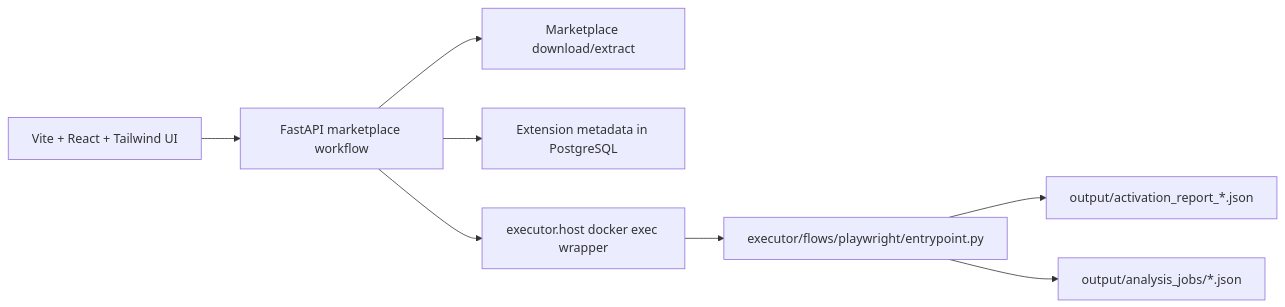
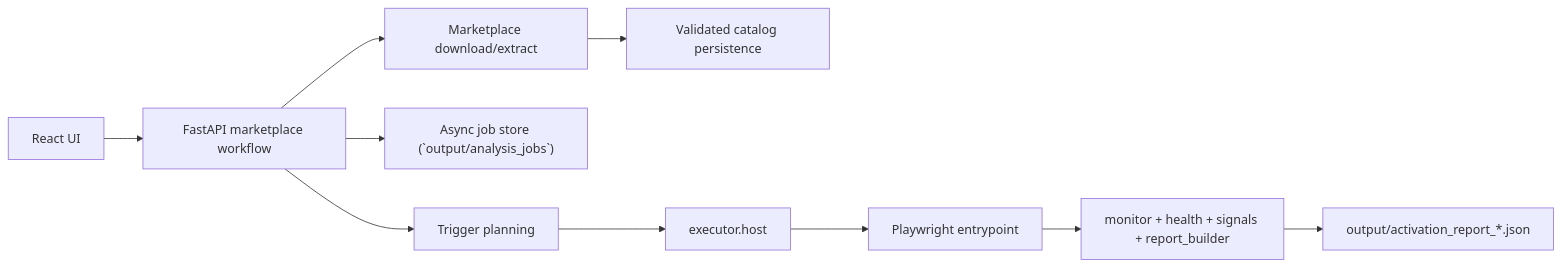
The diagram in documents/PIPELINE_ROADMAP.md (Ekremunalytu/automation_enviroment), drawn with Mermaid before and after one commit. The commit also changed other lines of this file and 30 other files, not shown here.

````diff
--- a/documents/PIPELINE_ROADMAP.md
+++ b/documents/PIPELINE_ROADMAP.md
@@ -11,10 +13,12 @@
 ```mermaid
 flowchart LR
-    UI["Vite + React + Tailwind UI"] --> API["FastAPI marketplace workflow"]
-    API --> Download["Marketplace download/extract"]
-    API --> DB["Extension metadata in PostgreSQL"]
-    API --> Exec["executor.host docker exec wrapper"]
-    Exec --> Sandbox["executor/flows/playwright/entrypoint.py"]
-    Sandbox --> Reports["output/activation_report_*.json"]
-    Sandbox --> Jobs["output/analysis_jobs/*.json"]
+    UI["React UI"] --> API["FastAPI marketplace workflow"]
+    API --> DL["Marketplace download/extract"]
+    DL --> DB["Validated catalog persistence"]
+    API --> JOB["Async job store (`output/analysis_jobs`)"]
+    API --> PLAN["Trigger planning"]
+    PLAN --> HOST["`executor.host`"]
+    HOST --> EXEC["Playwright entrypoint"]
+    EXEC --> MON["monitor + health + signals + report_builder"]
+    MON --> REPORT["`output/activation_report_*.json`"]
 ```
````
